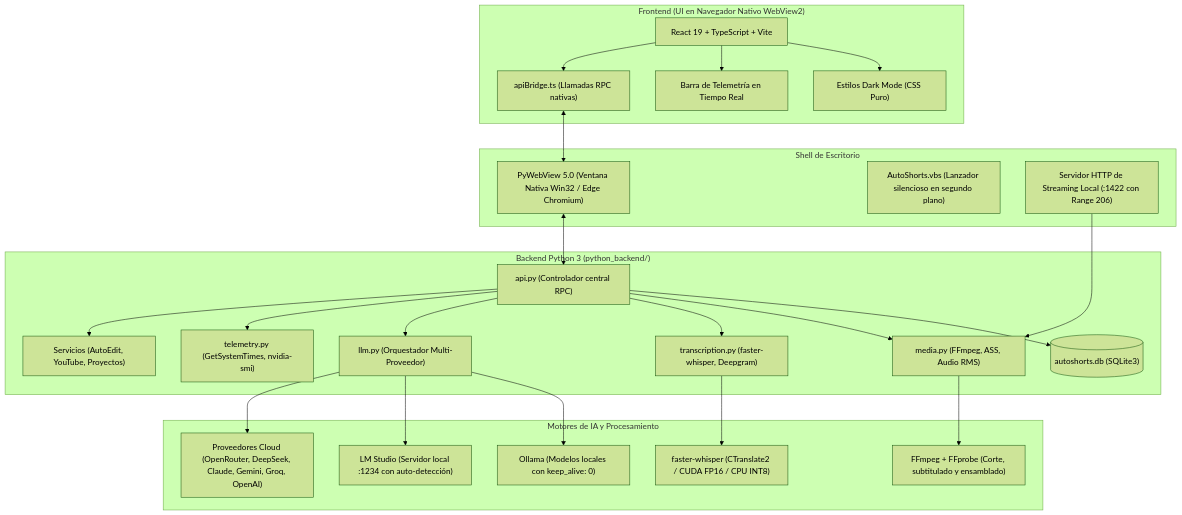
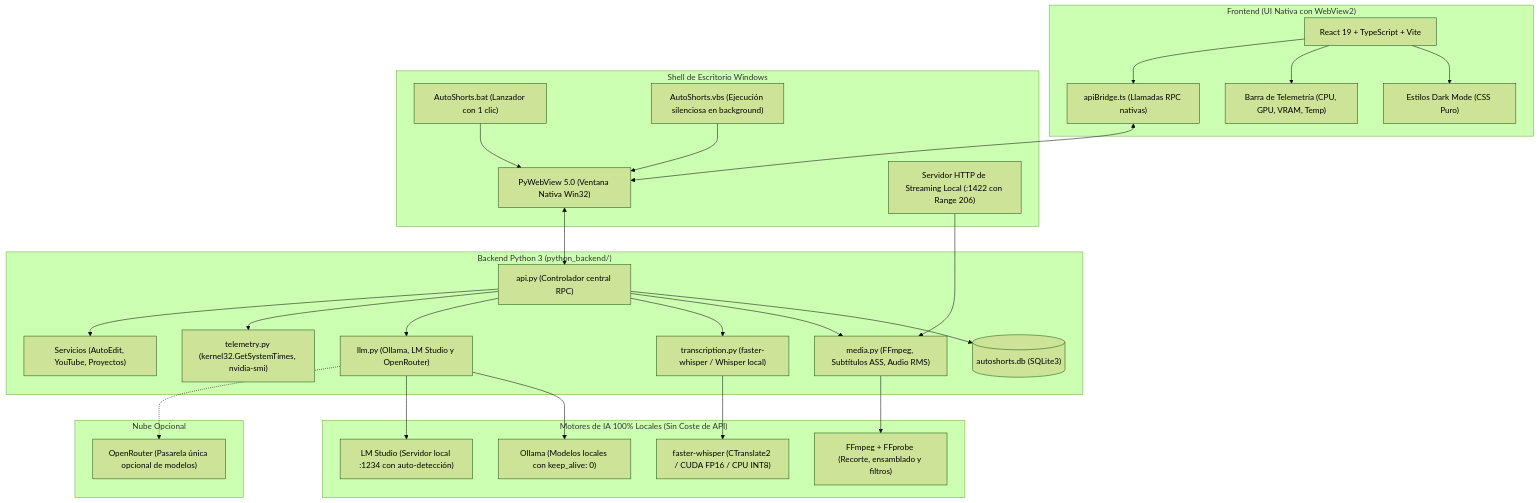
The diagram in README.md (anjamjaved/autoshorts-creator), drawn with Mermaid (forest theme) before and after one commit. The commit also changed other lines of this file and 5 other files, not shown here.

````diff
--- a/README.md
+++ b/README.md
@@ -48,52 +51,58 @@
 ```mermaid
 flowchart TB
-    subgraph Frontend ["Frontend (UI en Navegador Nativo WebView2)"]
+    subgraph Frontend ["Frontend (UI Nativa con WebView2)"]
         UI["React 19 + TypeScript + Vite"]
         ST["Estilos Dark Mode (CSS Puro)"]
-        TL["Barra de Telemetría en Tiempo Real"]
+        TL["Barra de Telemetría (CPU, GPU, VRAM, Temp)"]
         Bridge["apiBridge.ts (Llamadas RPC nativas)"]
         UI --> ST
         UI --> TL
         UI --> Bridge
     end
 
-    subgraph DesktopShell ["Shell de Escritorio"]
-        PW["PyWebView 5.0 (Ventana Nativa Win32 / Edge Chromium)"]
-        VBS["AutoShorts.vbs (Lanzador silencioso en segundo plano)"]
+    subgraph DesktopShell ["Shell de Escritorio Windows"]
+        BAT["AutoShorts.bat (Lanzador con 1 clic)"]
+        PW["PyWebView 5.0 (Ventana Nativa Win32)"]
+        VBS["AutoShorts.vbs (Ejecución silenciosa en background)"]
         StreamSrv["Servidor HTTP de Streaming Local (:1422 con Range 206)"]
+        BAT --> PW
+        VBS --> PW
         Bridge <--> PW
     end
 
     subgraph Backend ["Backend Python 3 (python_backend/)"]
         API["api.py (Controlador central RPC)"]
         DB[("autoshorts.db (SQLite3)")]
-        Media["media.py (FFmpeg, ASS, Audio RMS)"]
-        Trans["transcription.py (faster-whisper, Deepgram)"]
-        LLM["llm.py (Orquestador Multi-Proveedor)"]
-        Tele["telemetry.py (GetSystemTimes, nvidia-smi)"]
+        Media["media.py (FFmpeg, Subtítulos ASS, Audio RMS)"]
+        Trans["transcription.py (faster-whisper / Whisper local)"]
+        LLM["llm.py (Ollama, LM Studio y OpenRouter)"]
+        Tele["telemetry.py (kernel32.GetSystemTimes, nvidia-smi)"]
         Services["Servicios (AutoEdit, YouTube, Proyectos)"]
 
         PW <--> API
         API --> DB
         API --> Media
         API --> Trans
         API --> LLM
         API --> Tele
         API --> Services
         StreamSrv --> Media
     end
 
-    subgraph AI_Engines ["Motores de IA y Procesamiento"]
+    subgraph Local_AI ["Motores de IA 100% Locales (Sin Coste de API)"]
         FW["faster-whisper (CTranslate2 / CUDA FP16 / CPU INT8)"]
         OLL["Ollama (Modelos locales con keep_alive: 0)"]
         LMS["LM Studio (Servidor local :1234 con auto-detección)"]
-        Cloud["Proveedores Cloud (OpenRouter, DeepSeek, Claude, Gemini, Groq, OpenAI)"]
-        FFM["FFmpeg + FFprobe (Corte, subtitulado y ensamblado)"]
+        FFM["FFmpeg + FFprobe (Recorte, ensamblado y filtros)"]
 
         Trans --> FW
         LLM --> OLL
         LLM --> LMS
-        LLM --> Cloud
         Media --> FFM
     end
+
+    subgraph Optional_Cloud ["Nube Opcional"]
+        OR["OpenRouter (Pasarela única opcional de modelos)"]
+        LLM -.-> OR
+    end
 ```
````
